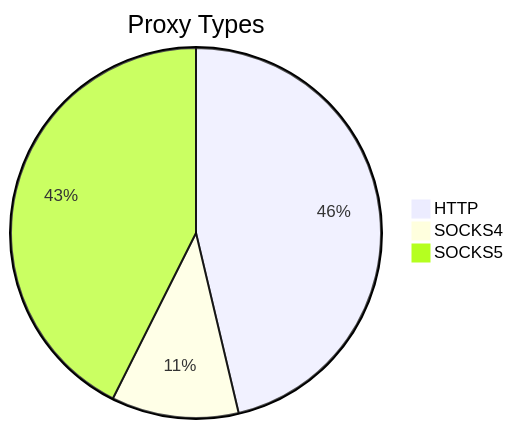
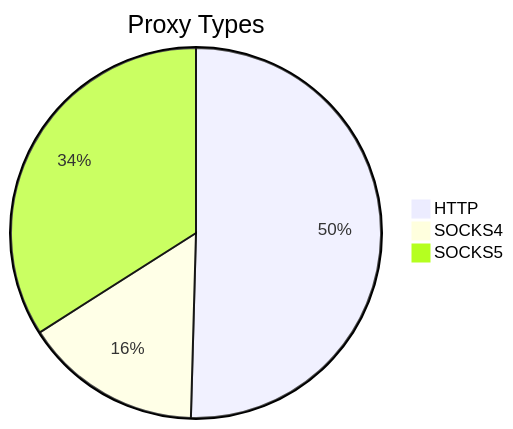
Before and after one commit to stormsia/proxy-list: the first of 2 diagrams in README.md, drawn with Mermaid. The commit also changed other lines of this file, not shown here.

````diff
--- a/README.md
+++ b/README.md
@@ -21,6 +21,6 @@
 ```mermaid
 pie title Proxy Types
-    "HTTP" : 125
-    "SOCKS4" : 30
-    "SOCKS5" : 115
+    "HTTP" : 172
+    "SOCKS4" : 53
+    "SOCKS5" : 116
 ```
````
